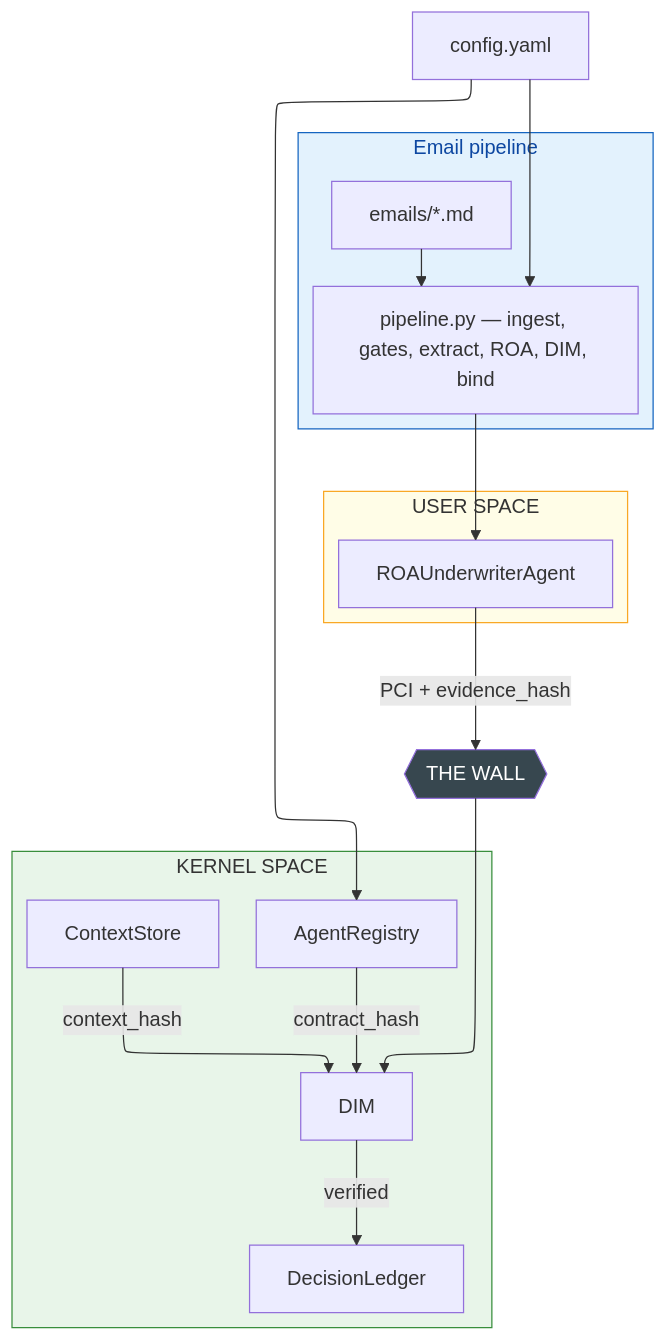
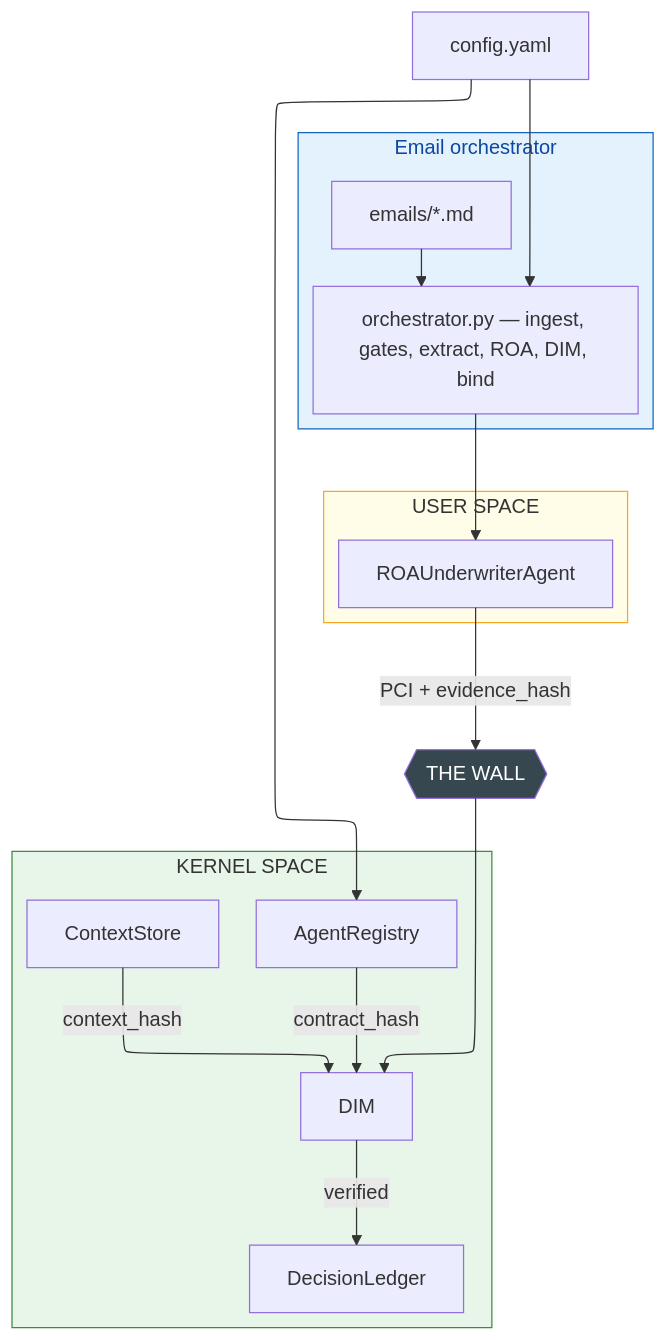
The first of 2 diagrams in samples/33_insurance_underwriting/README.md (huka81/decision-intelligence-runtime), drawn with Mermaid before and after one commit. The commit also changed other lines of this file and 14 other files, not shown here.

````diff
--- a/samples/33_insurance_underwriting/README.md
+++ b/samples/33_insurance_underwriting/README.md
@@ -145,42 +158,42 @@
 ```mermaid
 ---
 config:
   layout: elk
 ---
 flowchart TB
     CFG["config.yaml"]
 
-    subgraph DEF["Email pipeline"]
+    subgraph DEF["Email orchestrator"]
         MD["emails/*.md"]
-        PL["pipeline.py — ingest, gates, extract, ROA, DIM, bind"]
+        PL["orchestrator.py — ingest, gates, extract, ROA, DIM, bind"]
         MD --> PL
     end
 
     subgraph US["USER SPACE"]
         ROA["ROAUnderwriterAgent"]
     end
 
     WALL{{"THE WALL"}}
 
     subgraph KS["KERNEL SPACE"]
         REG["AgentRegistry"]
         CS["ContextStore"]
         DIM["DIM"]
         LEDGER["DecisionLedger"]
     end
 
     CFG --> REG
     CFG --> PL
     PL --> ROA
 
     ROA -->|"PCI + evidence_hash"| WALL
     WALL --> DIM
     REG -->|contract_hash| DIM
     CS -->|context_hash| DIM
     DIM -->|verified| LEDGER
 
     style US fill:#fffde7,stroke:#f9a825,color:#333
     style KS fill:#e8f5e9,stroke:#388e3c,color:#333
     style WALL fill:#37474f,color:#fff
     style DEF fill:#e3f2fd,stroke:#1565c0,color:#0d47a1
 ```
````
